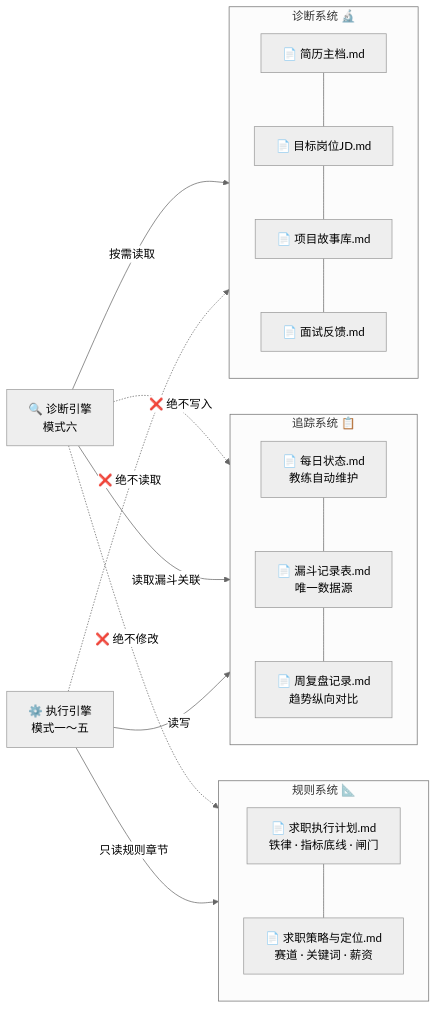
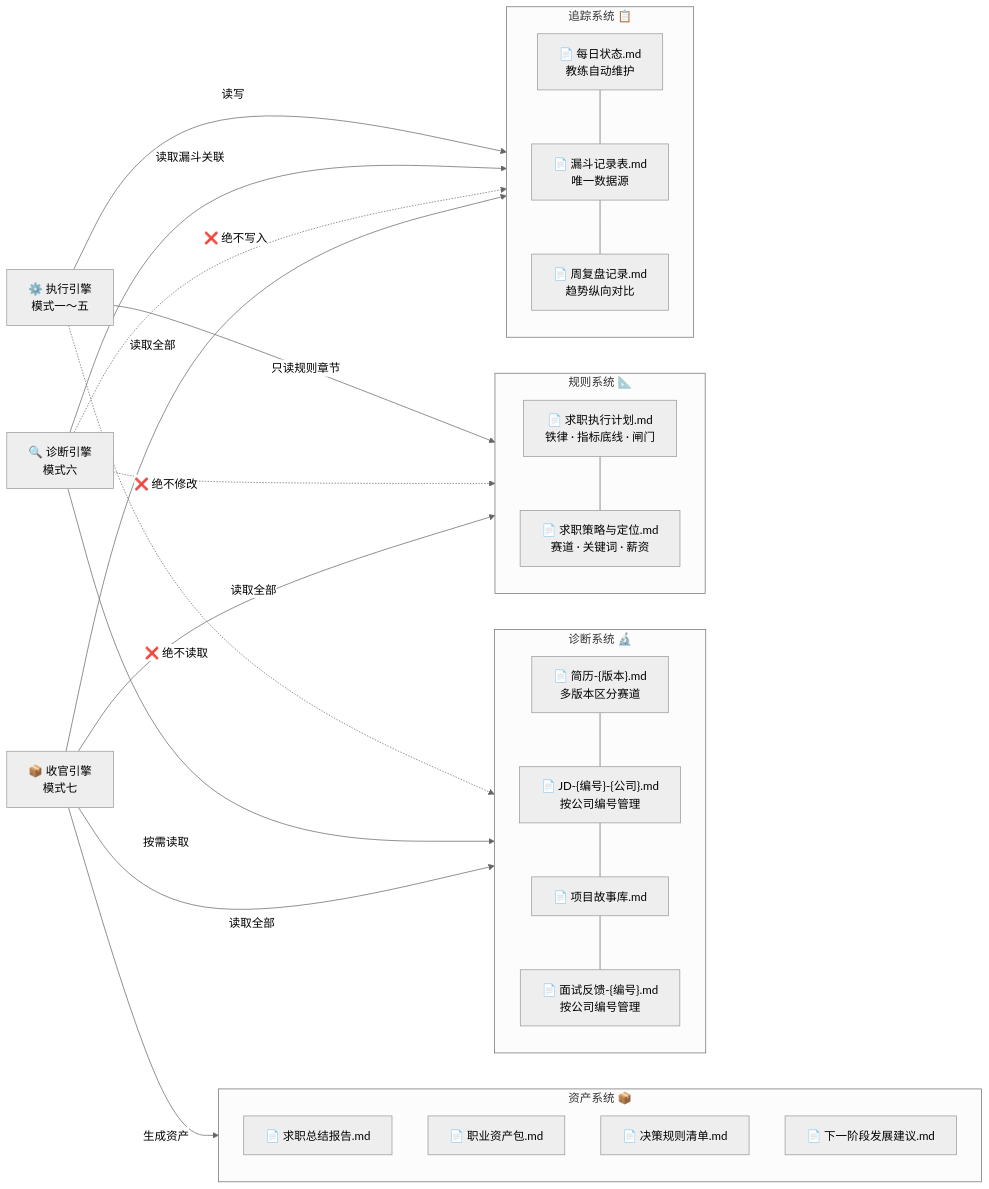
The second of 3 diagrams in README.md (tangzzz-fan/career-coach-claude-skill), drawn with Mermaid (neutral theme) before and after one commit. The commit also changed other lines of this file and 2 other files, not shown here.

````diff
--- a/README.md
+++ b/README.md
@@ -79,35 +89,48 @@
 ```mermaid
 flowchart LR
     subgraph 追踪系统["追踪系统 📋"]
         direction TB
         T1["📄 每日状态.md<br/>教练自动维护"]
         T2["📄 漏斗记录表.md<br/>唯一数据源"]
         T3["📄 周复盘记录.md<br/>趋势纵向对比"]
         T1 --- T2 --- T3
     end
 
     subgraph 规则系统["规则系统 📐"]
         direction TB
         R1["📄 求职执行计划.md<br/>铁律 · 指标底线 · 闸门"]
         R2["📄 求职策略与定位.md<br/>赛道 · 关键词 · 薪资"]
         R1 --- R2
     end
 
     subgraph 诊断系统["诊断系统 🔬"]
         direction TB
-        P1["📄 简历主档.md"]
-        P2["📄 目标岗位JD.md"]
+        P1["📄 简历-{版本}.md<br/>多版本区分赛道"]
+        P2["📄 JD-{编号}-{公司}.md<br/>按公司编号管理"]
         P3["📄 项目故事库.md"]
-        P4["📄 面试反馈.md"]
+        P4["📄 面试反馈-{编号}.md<br/>按公司编号管理"]
         P1 --- P2 --- P3 --- P4
+    end
+
+    subgraph 资产系统["资产系统 📦"]
+        direction TB
+        A1["📄 求职总结报告.md"]
+        A2["📄 职业资产包.md"]
+        A3["📄 决策规则清单.md"]
+        A4["📄 下一阶段发展建议.md"]
     end
 
     执行引擎["⚙️ 执行引擎<br/>模式一～五"] -->|"读写"| 追踪系统
     执行引擎 -->|"只读规则章节"| 规则系统
     执行引擎 -.->|"❌ 绝不读取"| 诊断系统
 
     诊断引擎["🔍 诊断引擎<br/>模式六"] -->|"按需读取"| 诊断系统
     诊断引擎 -->|"读取漏斗关联"| 追踪系统
     诊断引擎 -.->|"❌ 绝不写入"| 追踪系统
     诊断引擎 -.->|"❌ 绝不修改"| 规则系统
+
+    收官引擎["📦 收官引擎<br/>模式七"] -->|"读取全部"| 追踪系统
+    收官引擎 -->|"读取全部"| 诊断系统
+    收官引擎 -->|"读取全部"| 规则系统
+    收官引擎 -->|"生成资产"| 资产系统
 ```
````
